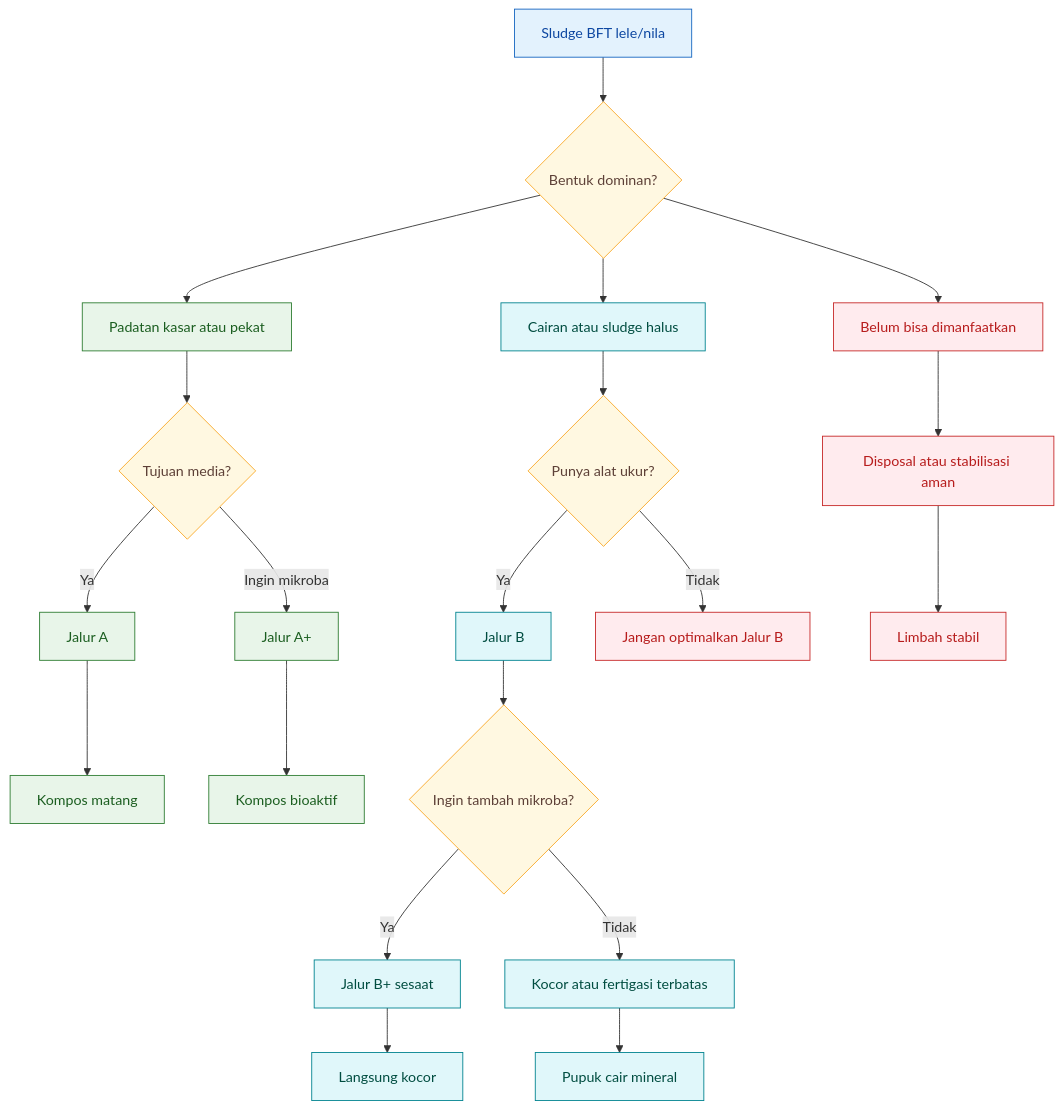
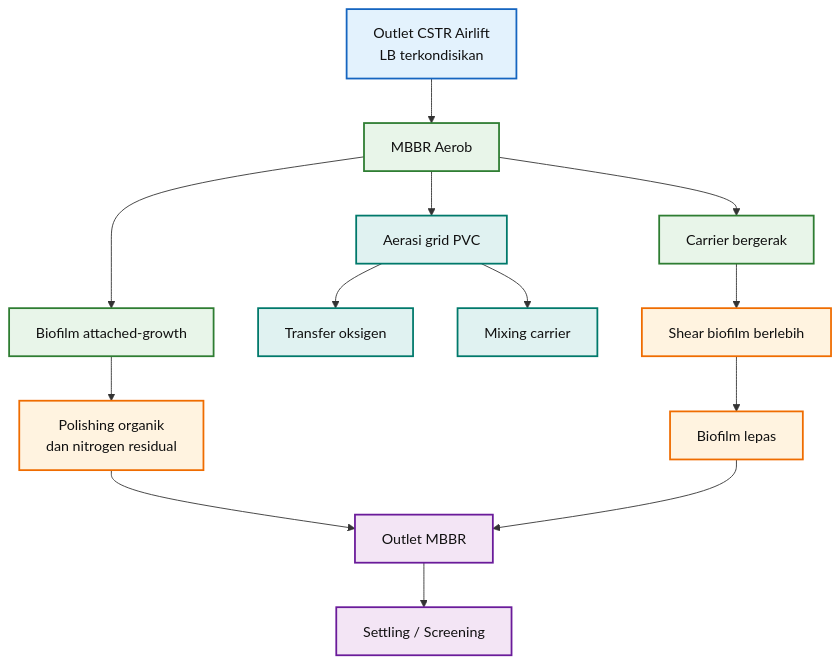
Diagram 12 of 28 in content/blog/agri/perikanan/sludge-bioflok-biofertilizer.mdx (slametsampon/kawruhnology), drawn with Mermaid before and after one commit. The commit also changed other lines of this file and 9 other files, not shown here.

````diff
--- a/content/blog/agri/perikanan/sludge-bioflok-biofertilizer.mdx
+++ b/content/blog/agri/perikanan/sludge-bioflok-biofertilizer.mdx
@@ -3338,41 +6053,31 @@
-```mermaid id="keputusan-akhir-sludge-bft"
+```mermaid
 flowchart TD
-    A[Sludge BFT lele/nila] --> B{Bentuk dominan?}
+    A["Outlet CSTR Airlift<br/>LB terkondisikan"] --> B["MBBR Aerob"]
 
-    B --> C[Padatan kasar atau pekat]
-    B --> D[Cairan atau sludge halus]
-    B --> E[Belum bisa dimanfaatkan]
+    B --> C["Carrier bergerak"]
+    B --> D["Biofilm attached-growth"]
+    B --> E["Aerasi grid PVC"]
 
-    C --> F{Tujuan media?}
-    F -->|Ya| G[Jalur A]
-    F -->|Ingin mikroba| H[Jalur A+]
+    E --> F["Transfer oksigen"]
+    E --> G["Mixing carrier"]
 
-    D --> I{Punya alat ukur?}
-    I -->|Ya| J[Jalur B]
-    I -->|Tidak| K[Jangan optimalkan Jalur B]
+    C --> H["Shear biofilm berlebih"]
+    D --> I["Polishing organik<br/>dan nitrogen residual"]
 
-    J --> L{Ingin tambah mikroba?}
-    L -->|Ya| M[Jalur B+ sesaat]
-    L -->|Tidak| N[Kocor atau fertigasi terbatas]
+    H --> J["Biofilm lepas"]
+    I --> K["Outlet MBBR"]
+    J --> K
+    K --> L["Settling / Screening"]
 
-    E --> O[Disposal atau stabilisasi aman]
+    classDef feed fill:#E3F2FD,stroke:#1565C0,color:#111,stroke-width:2px;
+    classDef reactor fill:#E8F5E9,stroke:#2E7D32,color:#111,stroke-width:2px;
+    classDef air fill:#E0F2F1,stroke:#00796B,color:#111,stroke-width:2px;
+    classDef process fill:#FFF3E0,stroke:#EF6C00,color:#111,stroke-width:2px;
+    classDef outlet fill:#F3E5F5,stroke:#6A1B9A,color:#111,stroke-width:2px;
 
-    G --> P[Kompos matang]
-    H --> Q[Kompos bioaktif]
-    M --> R[Langsung kocor]
-    N --> S[Pupuk cair mineral]
-    O --> T[Limbah stabil]
-
-    classDef input fill:#E3F2FD,stroke:#1565C0,color:#0D47A1;
-    classDef decision fill:#FFF8E1,stroke:#F9A825,color:#5D4037;
-    classDef compost fill:#E8F5E9,stroke:#2E7D32,color:#1B5E20;
-    classDef liquid fill:#E0F7FA,stroke:#00838F,color:#004D40;
-    classDef risk fill:#FFEBEE,stroke:#C62828,color:#B71C1C;
-    classDef output fill:#EDE7F6,stroke:#6A1B9A,color:#311B92;
-
-    class A input;
-    class B,F,I,L decision;
-    class C,G,H,P,Q compost;
-    class D,J,M,N,R,S liquid;
-    class E,K,O,T risk;
+    class A feed;
+    class B,C,D reactor;
+    class E,F,G air;
+    class H,I,J process;
+    class K,L outlet;
 ```
````
